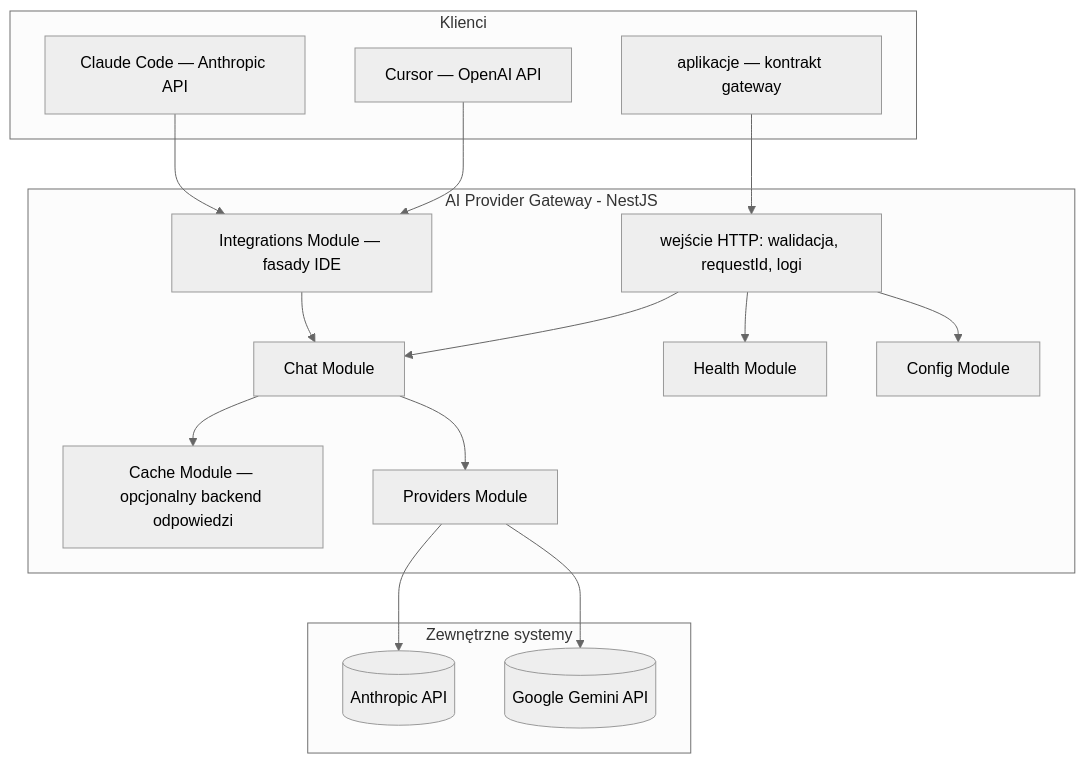
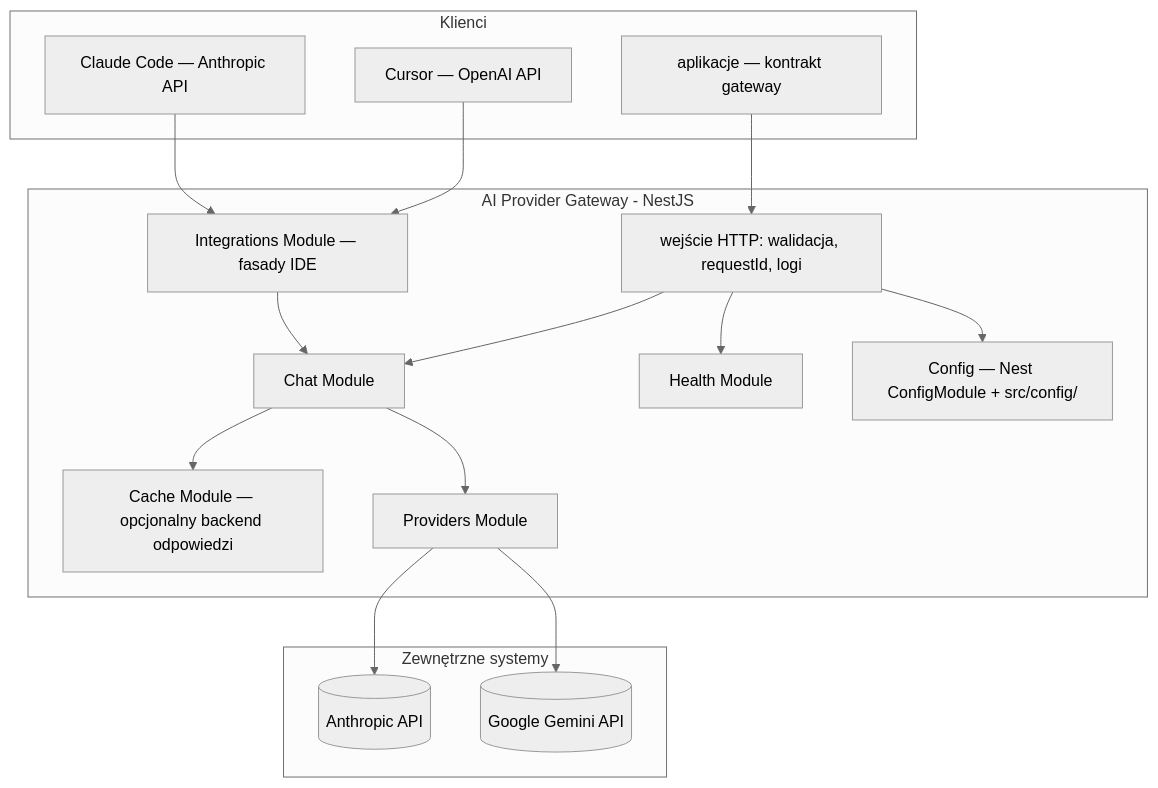
Before and after one commit to matej2314/ai-provider-gateway: the first of 2 diagrams in docs/architektura.md, drawn with Mermaid (neutral theme). The commit also changed other lines of this file and 14 other files, not shown here.

````diff
--- a/docs/architektura.md
+++ b/docs/architektura.md
@@ -9,35 +9,35 @@
 ```mermaid
 flowchart TB
   subgraph clients [Klienci]
     app[aplikacje — kontrakt gateway]
     cursor[Cursor — OpenAI API]
     claude[Claude Code — Anthropic API]
   end
 
   subgraph gw [AI Provider Gateway - NestJS]
     http[wejście HTTP: walidacja, requestId, logi]
     integrations[Integrations Module — fasady IDE]
     chat[Chat Module]
     cache[Cache Module — opcjonalny backend odpowiedzi]
     providers[Providers Module]
     health[Health Module]
-    config[Config Module]
+    config[Config — Nest ConfigModule + src/config/]
   end
 
   subgraph external [Zewnętrzne systemy]
     anthropic[(Anthropic API)]
     google[(Google Gemini API)]
   end
 
   app --> http
   cursor --> integrations
   claude --> integrations
   http --> chat
   integrations --> chat
   chat --> cache
   chat --> providers
   http --> health
   http --> config
   providers --> anthropic
   providers --> google
 ```
````
